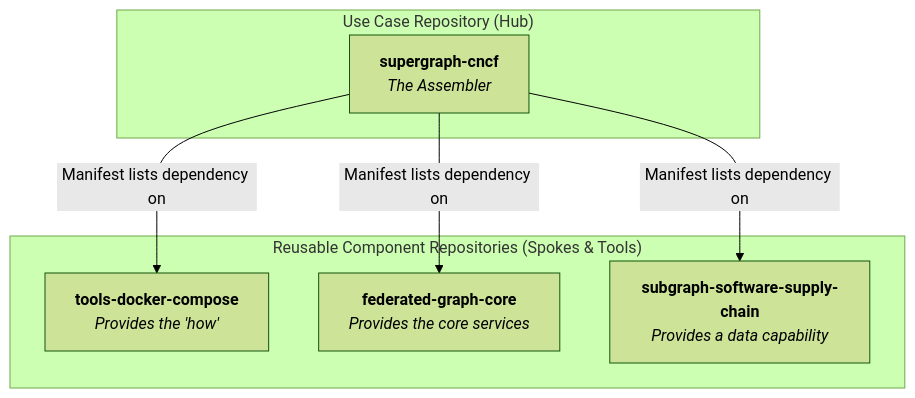
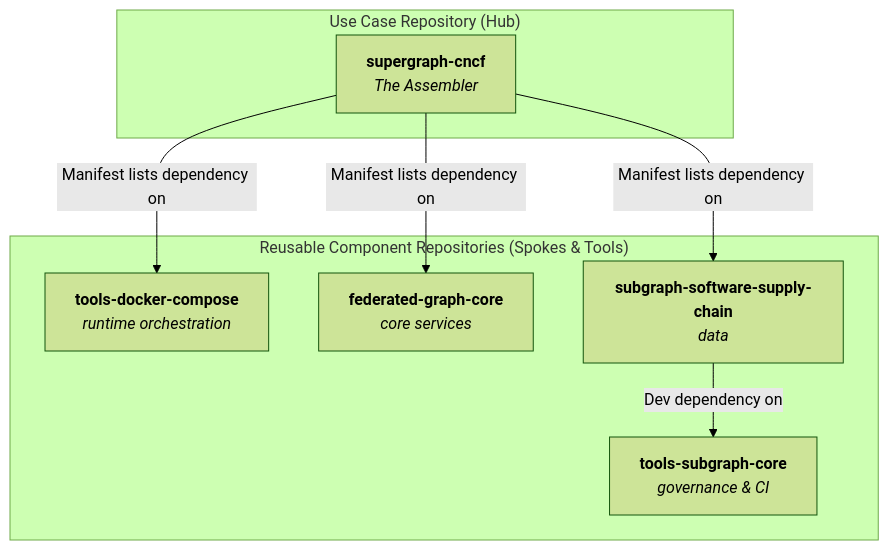
Before and after one commit to graphtastic/platform: the second of 8 diagrams in docs/design/tome--graphtastic-platform-docker.md, drawn with Mermaid (forest theme). The commit also changed other lines of this file, not shown here.

Commit message:
docs: tome--graphtastic-platform-docker.md, v8.3

````diff
--- a/docs/design/tome--graphtastic-platform-docker.md
+++ b/docs/design/tome--graphtastic-platform-docker.md
@@ -116,16 +147,18 @@
 ```mermaid
 graph TD
     subgraph "Use Case Repository (Hub)"
         Hub[<b>supergraph-cncf</b><br/><i>The Assembler</i>]
     end
 
     subgraph "Reusable Component Repositories (Spokes & Tools)"
-        Tools[<b>tools-docker-compose</b><br/><i>Provides the 'how'</i>]
-        Core[<b>federated-graph-core</b><br/><i>Provides the core services</i>]
-        SSC[<b>subgraph-software-supply-chain</b><br/><i>Provides a data capability</i>]
+        ToolsD[<b>tools-docker-compose</b><br/><i>runtime orchestration</i>]
+        ToolsS[<b>tools-subgraph-core</b><br/><i>governance & CI</i>]
+        Core[<b>federated-graph-core</b><br/><i>core services</i>]
+        SSC[<b>subgraph-software-supply-chain</b><br/><i>data</i>]
     end
     
-    Hub -- "Manifest lists dependency on" --> Tools
+    Hub -- "Manifest lists dependency on" --> ToolsD
     Hub -- "Manifest lists dependency on" --> Core
     Hub -- "Manifest lists dependency on" --> SSC
+    SSC -- "Dev dependency on" --> ToolsS
 ```
````
